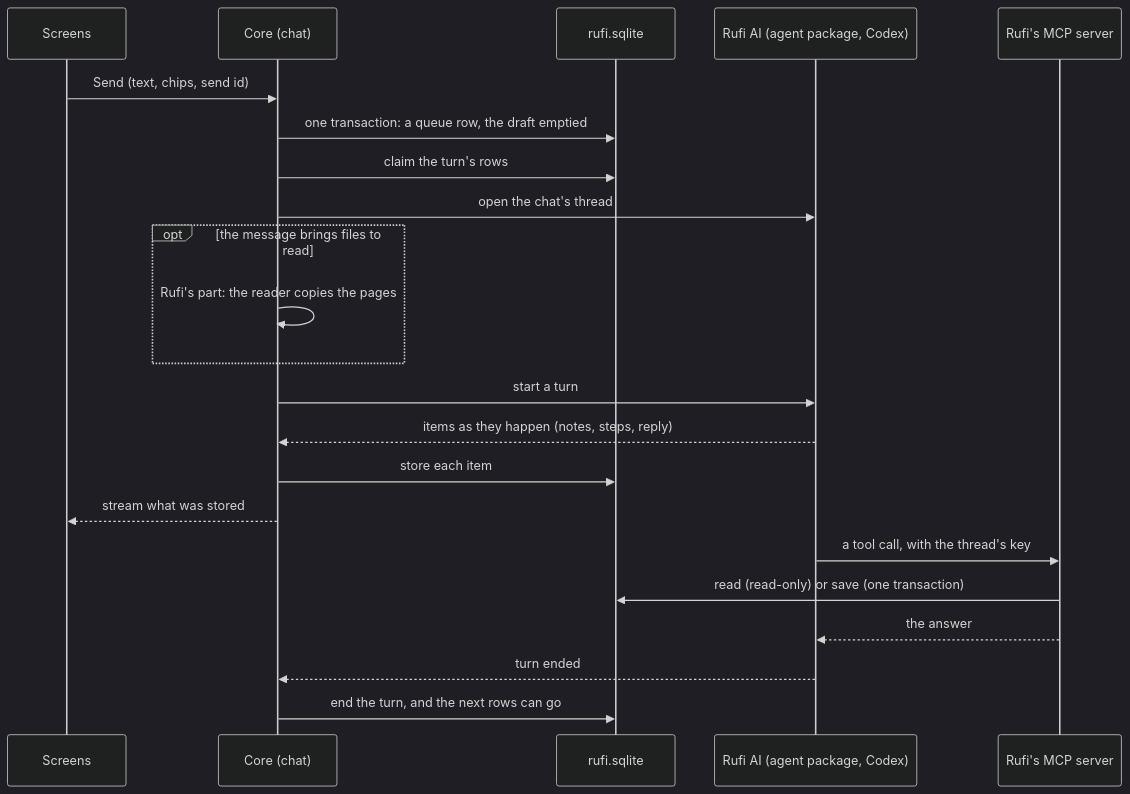
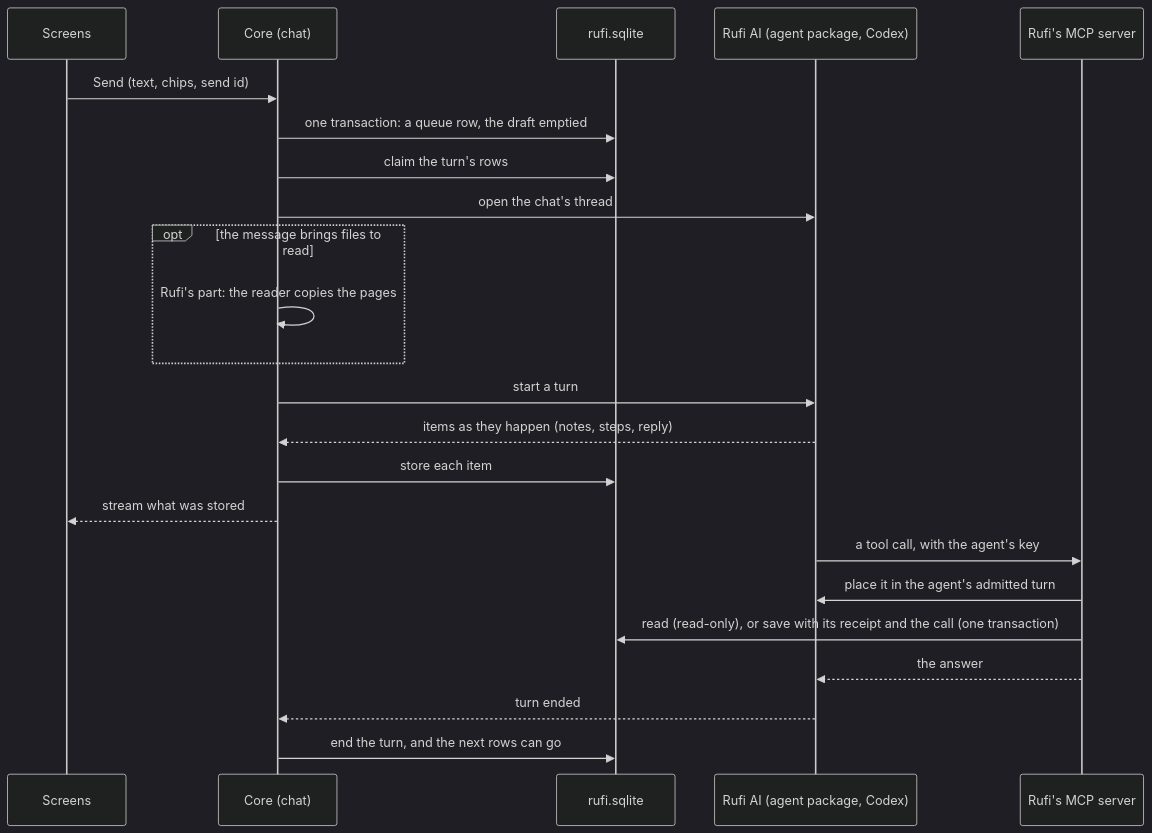
Before and after one commit to mahesh0431/rufi: the second of 2 diagrams in docs/how-rufi-works.md, drawn with Mermaid (dark theme). The commit also changed other lines of this file and 40 other files, not shown here.

Commit message:
One door and one write caller for every agent (#146)

````diff
--- a/docs/how-rufi-works.md
+++ b/docs/how-rufi-works.md
@@ -106,25 +106,26 @@
 ```mermaid
 sequenceDiagram
   participant S as Screens
   participant C as Core (chat)
   participant DB as rufi.sqlite
   participant X as Rufi AI (agent package, Codex)
   participant M as Rufi's MCP server
 
   S->>C: Send (text, chips, send id)
   C->>DB: one transaction: a queue row, the draft emptied
   C->>DB: claim the turn's rows
   C->>X: open the chat's thread
   opt the message brings files to read
     C->>C: Rufi's part: the reader copies the pages
   end
   C->>X: start a turn
   X-->>C: items as they happen (notes, steps, reply)
   C->>DB: store each item
   C-->>S: stream what was stored
-  X->>M: a tool call, with the thread's key
-  M->>DB: read (read-only) or save (one transaction)
+  X->>M: a tool call, with the agent's key
+  M->>X: place it in the agent's admitted turn
+  M->>DB: read (read-only), or save with its receipt and the call (one transaction)
   M-->>X: the answer
   X-->>C: turn ended
   C->>DB: end the turn, and the next rows can go
 ```
````
